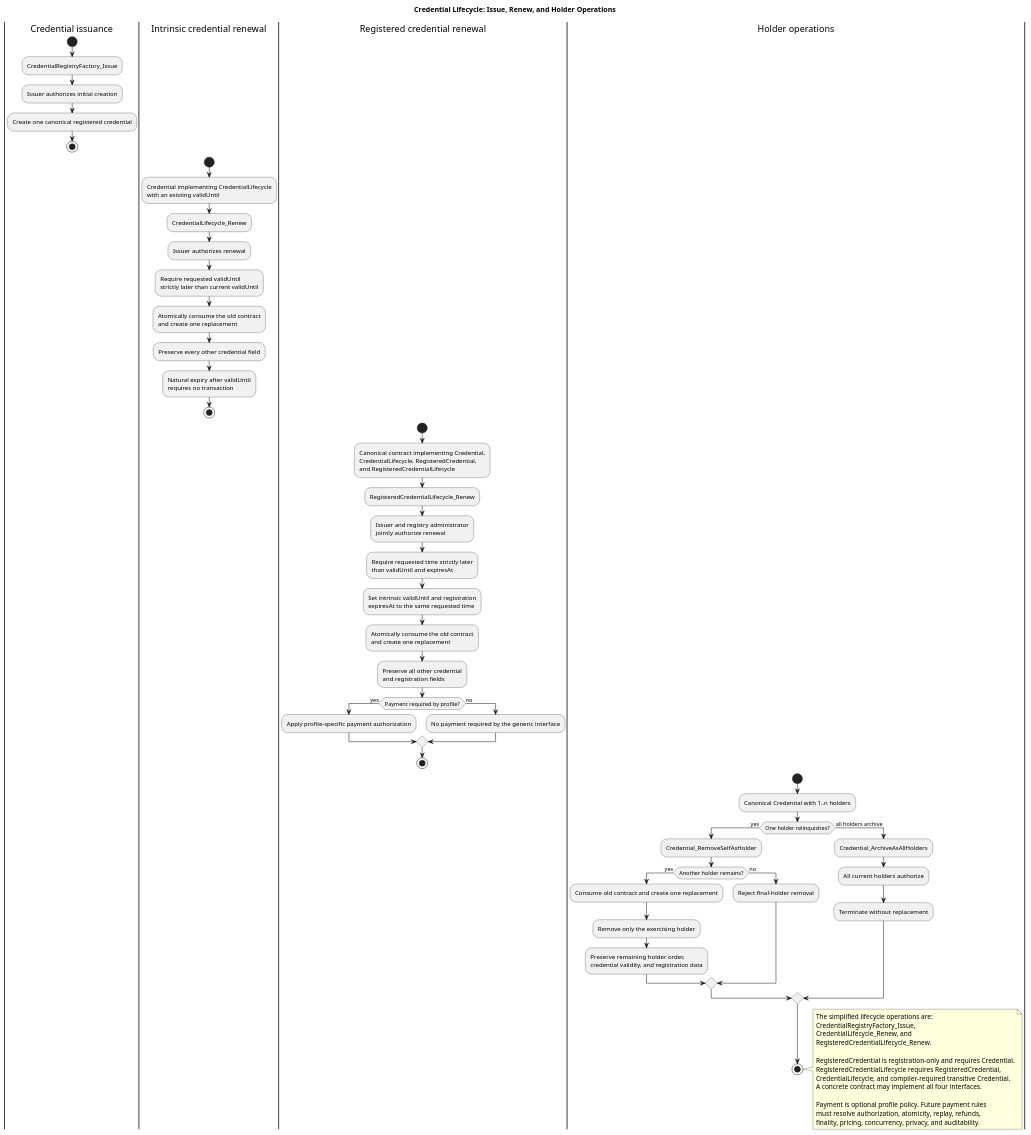
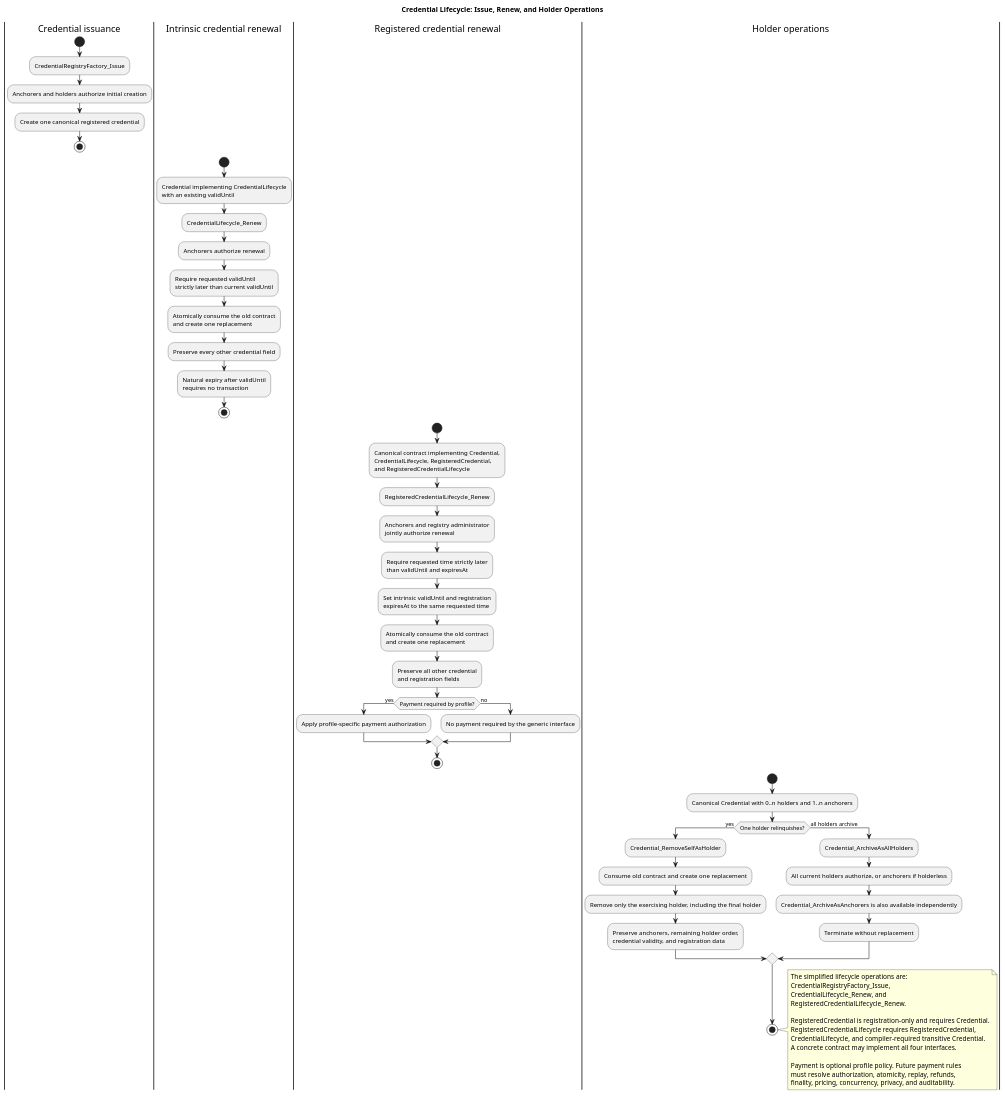
The diagram in cn-credentials-standard/images/credentials-lifecycle.puml (unlockitio/cips), drawn with PlantUML before and after one commit. The commit also changed 44 other files, not shown here.

First line of the commit message:
Decouple credential and registry lifecycles

```diff
--- a/cn-credentials-standard/images/credentials-lifecycle.puml
+++ b/cn-credentials-standard/images/credentials-lifecycle.puml
@@ -1,85 +1,82 @@
 @startuml credentials-lifecycle
 title Credential Lifecycle: Issue, Renew, and Holder Operations
 
 |Credential issuance|
 start
 :CredentialRegistryFactory_Issue;
-:Issuer authorizes initial creation;
+:Anchorers and holders authorize initial creation;
 :Create one canonical registered credential;
 stop
 
 |Intrinsic credential renewal|
 start
 :Credential implementing CredentialLifecycle
 with an existing validUntil;
 :CredentialLifecycle_Renew;
-:Issuer authorizes renewal;
+:Anchorers authorize renewal;
 :Require requested validUntil
 strictly later than current validUntil;
 :Atomically consume the old contract
 and create one replacement;
 :Preserve every other credential field;
 :Natural expiry after validUntil
 requires no transaction;
 stop
 
 |Registered credential renewal|
 start
 :Canonical contract implementing Credential,
 CredentialLifecycle, RegisteredCredential,
 and RegisteredCredentialLifecycle;
 :RegisteredCredentialLifecycle_Renew;
-:Issuer and registry administrator
+:Anchorers and registry administrator
 jointly authorize renewal;
 :Require requested time strictly later
 than validUntil and expiresAt;
 :Set intrinsic validUntil and registration
 expiresAt to the same requested time;
 :Atomically consume the old contract
 and create one replacement;
 :Preserve all other credential
 and registration fields;
 if (Payment required by profile?) then (yes)
   :Apply profile-specific payment authorization;
 else (no)
   :No payment required by the generic interface;
 endif
 stop
 
 |Holder operations|
 start
-:Canonical Credential with 1..n holders;
+:Canonical Credential with 0..n holders and 1..n anchorers;
 if (One holder relinquishes?) then (yes)
   :Credential_RemoveSelfAsHolder;
-  if (Another holder remains?) then (yes)
-    :Consume old contract and create one replacement;
-    :Remove only the exercising holder;
-    :Preserve remaining holder order,
+  :Consume old contract and create one replacement;
+  :Remove only the exercising holder, including the final holder;
+  :Preserve anchorers, remaining holder order,
 credential validity, and registration data;
-  else (no)
-    :Reject final-holder removal;
-  endif
 else (all holders archive)
   :Credential_ArchiveAsAllHolders;
-  :All current holders authorize;
+  :All current holders authorize, or anchorers if holderless;
+  :Credential_ArchiveAsAnchorers is also available independently;
   :Terminate without replacement;
 endif
 stop
 
 note right
 The simplified lifecycle operations are:
 CredentialRegistryFactory_Issue,
 CredentialLifecycle_Renew, and
 RegisteredCredentialLifecycle_Renew.
 
 RegisteredCredential is registration-only and requires Credential.
 RegisteredCredentialLifecycle requires RegisteredCredential,
 CredentialLifecycle, and compiler-required transitive Credential.
 A concrete contract may implement all four interfaces.
 
 Payment is optional profile policy. Future payment rules
 must resolve authorization, atomicity, replay, refunds,
 finality, pricing, concurrency, privacy, and auditability.
 end note
 
 @enduml
```
